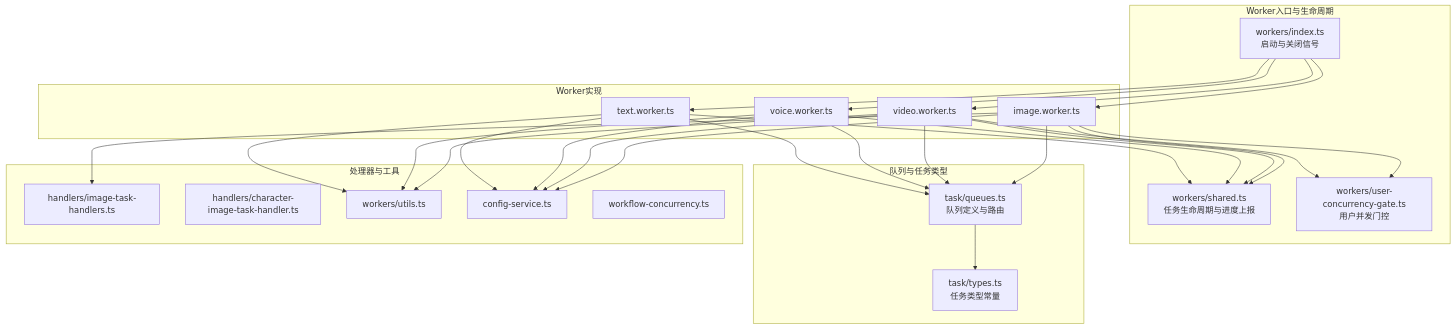
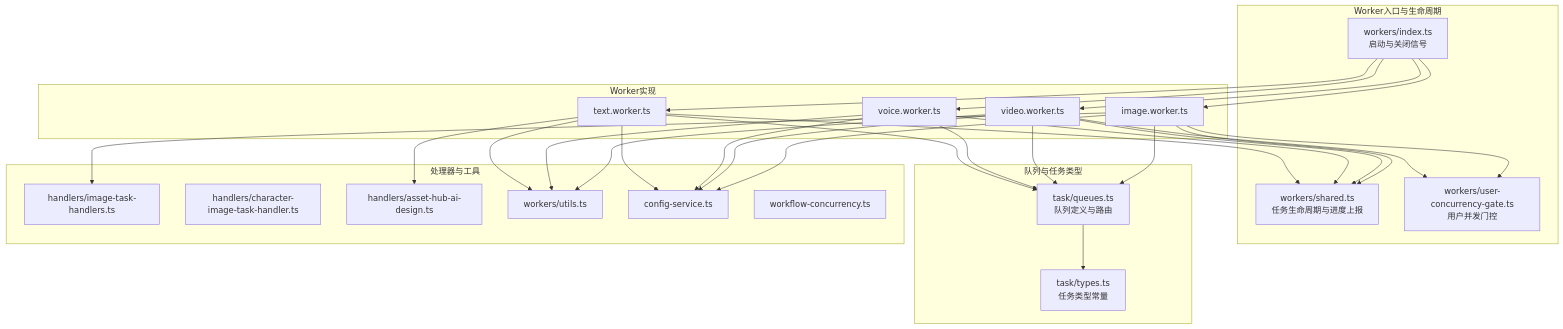
Before and after one commit to lyl2021/waoowaoo: the first of 6 diagrams in .qoder/repowiki/zh/content/任务队列系统/Worker管理/Worker管理.md, drawn with Mermaid. The commit also changed other lines of this file and 25 other files, not shown here.

First line of the commit message:
fix: 图片生成最高质量 4K 支持与 LLM 视觉调用网络修复

````diff
--- a/.qoder/repowiki/zh/content/任务队列系统/Worker管理/Worker管理.md
+++ b/.qoder/repowiki/zh/content/任务队列系统/Worker管理/Worker管理.md
@@ -39,48 +46,50 @@
 ```mermaid
 graph TB
 subgraph "Worker入口与生命周期"
 IDX["workers/index.ts<br/>启动与关闭信号"]
 SHARED["workers/shared.ts<br/>任务生命周期与进度上报"]
 CONCURRENCY["workers/user-concurrency-gate.ts<br/>用户并发门控"]
 end
 subgraph "队列与任务类型"
 QUEUES["task/queues.ts<br/>队列定义与路由"]
 TYPES["task/types.ts<br/>任务类型常量"]
 end
 subgraph "Worker实现"
 IMG["image.worker.ts"]
 VID["video.worker.ts"]
 VOC["voice.worker.ts"]
 TXT["text.worker.ts"]
 end
 subgraph "处理器与工具"
 IHAND["handlers/image-task-handlers.ts"]
 CHAND["handlers/character-image-task-handler.ts"]
+AHAND["handlers/asset-hub-ai-design.ts"]
 UTILS["workers/utils.ts"]
 CFG["config-service.ts"]
 WF["workflow-concurrency.ts"]
 end
 IDX --> IMG
 IDX --> VID
 IDX --> VOC
 IDX --> TXT
 IMG --> SHARED
 VID --> SHARED
 VOC --> SHARED
 TXT --> SHARED
 IMG --> CONCURRENCY
 VID --> CONCURRENCY
 IMG --> IHAND
 VID --> UTILS
 VOC --> UTILS
+TXT --> AHAND
 TXT --> UTILS
 IMG --> CFG
 VID --> CFG
 VOC --> CFG
 TXT --> CFG
 IMG --> QUEUES
 VID --> QUEUES
 VOC --> QUEUES
 TXT --> QUEUES
 QUEUES --> TYPES
 ```
````
